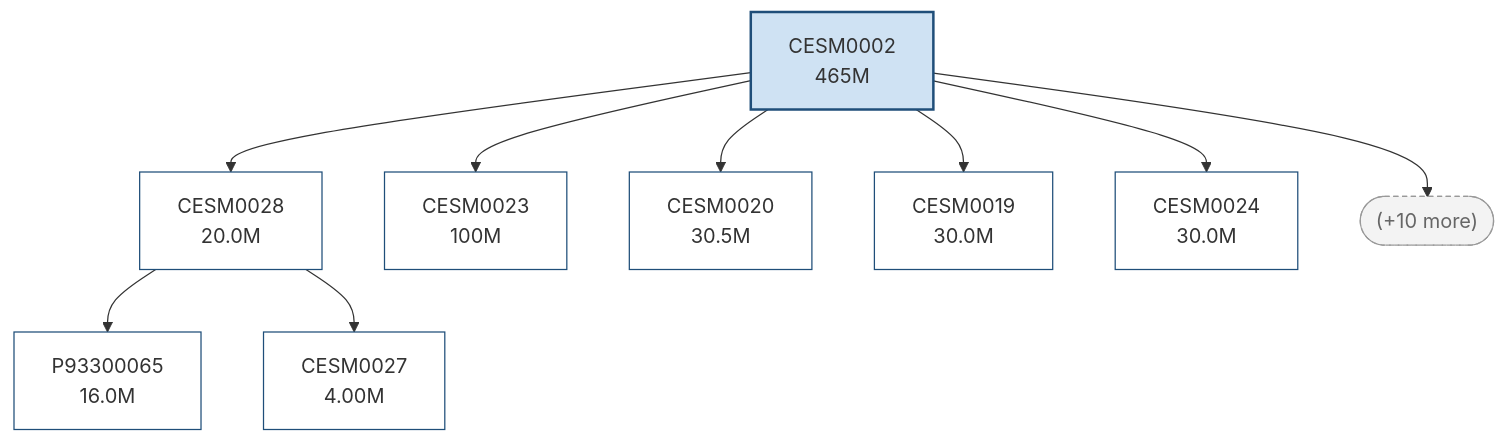
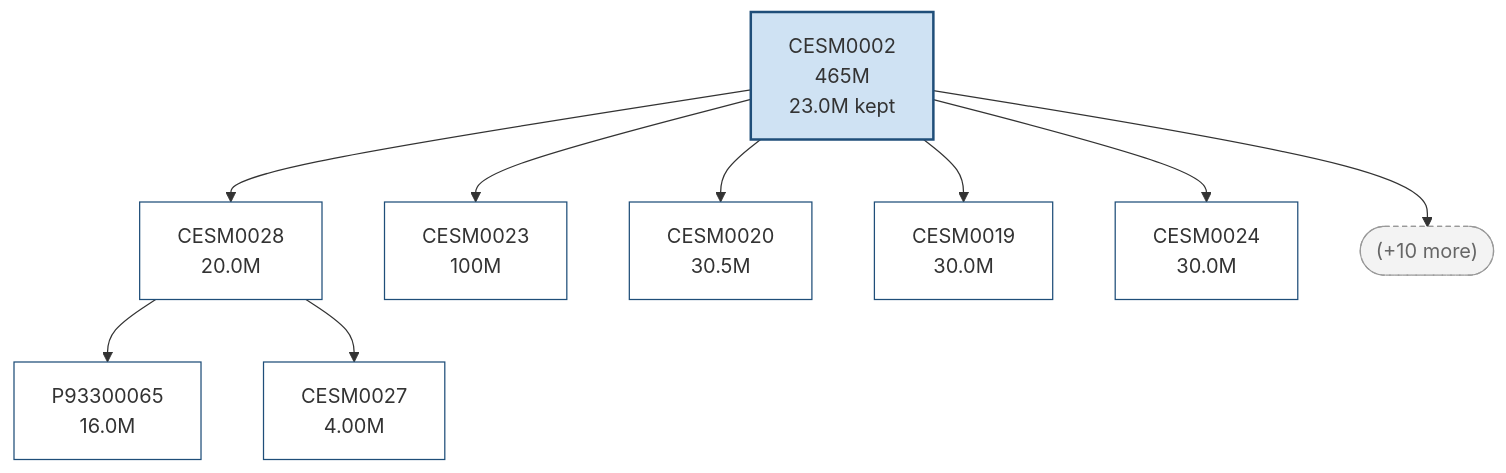
One commit to benkirk/sam-queries changed the diagram in docs/presentations/samuel/_tree_sam_award.qmd. Above: the diagram before and after it, drawn with Mermaid. The commit also changed 63 other files, not shown here.

````diff
--- a/docs/presentations/samuel/_tree_sam_award.qmd
+++ b/docs/presentations/samuel/_tree_sam_award.qmd
@@ -1,27 +1,27 @@
 ```{mermaid}
 %%| fig-width: 6
 graph TD
-    CESM0002["CESM0002<br/>465M"]
+    CESM0002["CESM0002<br/>465M<br/>23.0M kept"]
     CESM0028["CESM0028<br/>20.0M"]
     P93300065["P93300065<br/>16.0M"]
     CESM0027["CESM0027<br/>4.00M"]
     CESM0023["CESM0023<br/>100M"]
     CESM0020["CESM0020<br/>30.5M"]
     CESM0019["CESM0019<br/>30.0M"]
     CESM0024["CESM0024<br/>30.0M"]
     CESM0002_more(["(+10 more)"])
     CESM0002 --> CESM0028
     CESM0028 --> P93300065
     CESM0028 --> CESM0027
     CESM0002 --> CESM0023
     CESM0002 --> CESM0020
     CESM0002 --> CESM0019
     CESM0002 --> CESM0024
     CESM0002 --> CESM0002_more
     classDef root fill:#cfe2f3,stroke:#1f4e79,stroke-width:2px
     classDef own fill:#ffffff,stroke:#1f4e79
     classDef elided fill:#f3f3f3,stroke:#999999,stroke-dasharray:4 3,color:#666666
     class CESM0002 root
     class CESM0028,P93300065,CESM0027,CESM0023,CESM0020,CESM0019,CESM0024 own
     class CESM0002_more elided
 ```
````
